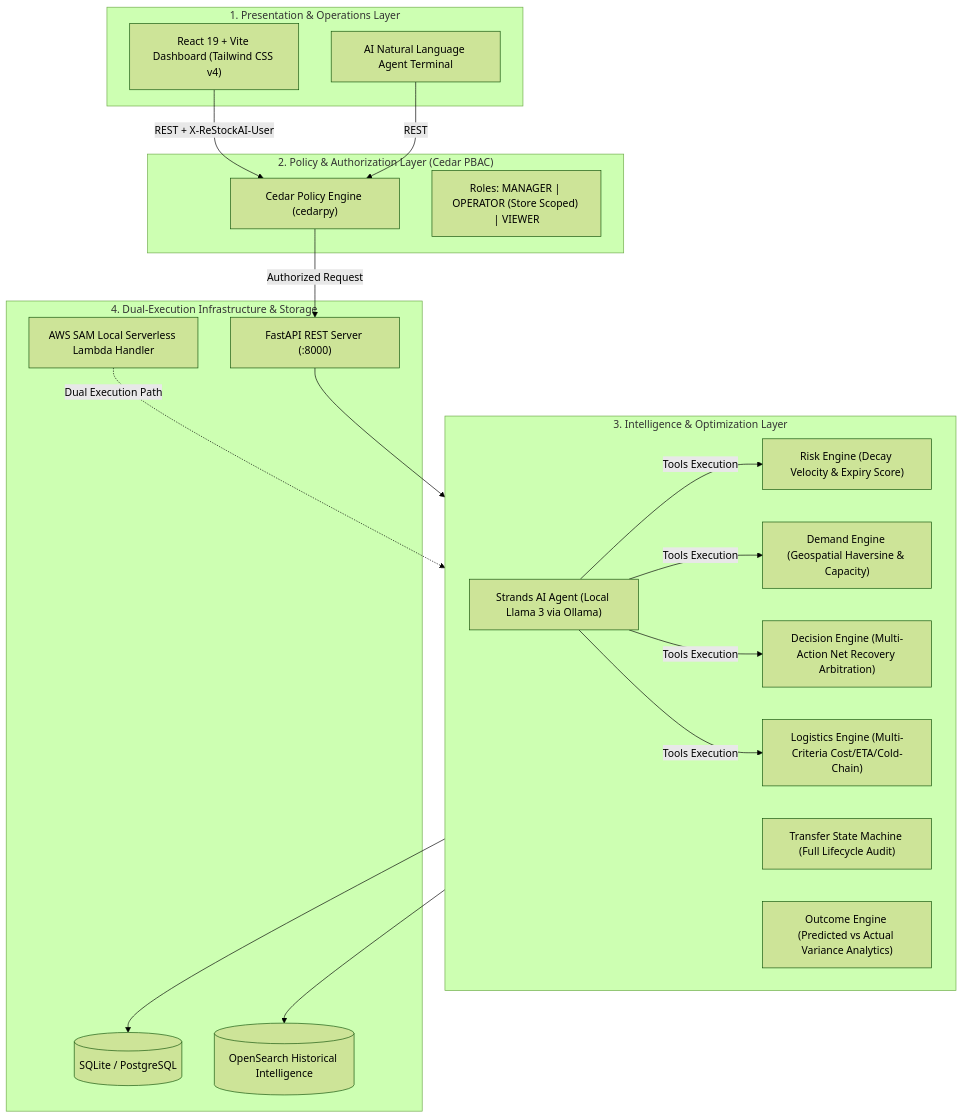
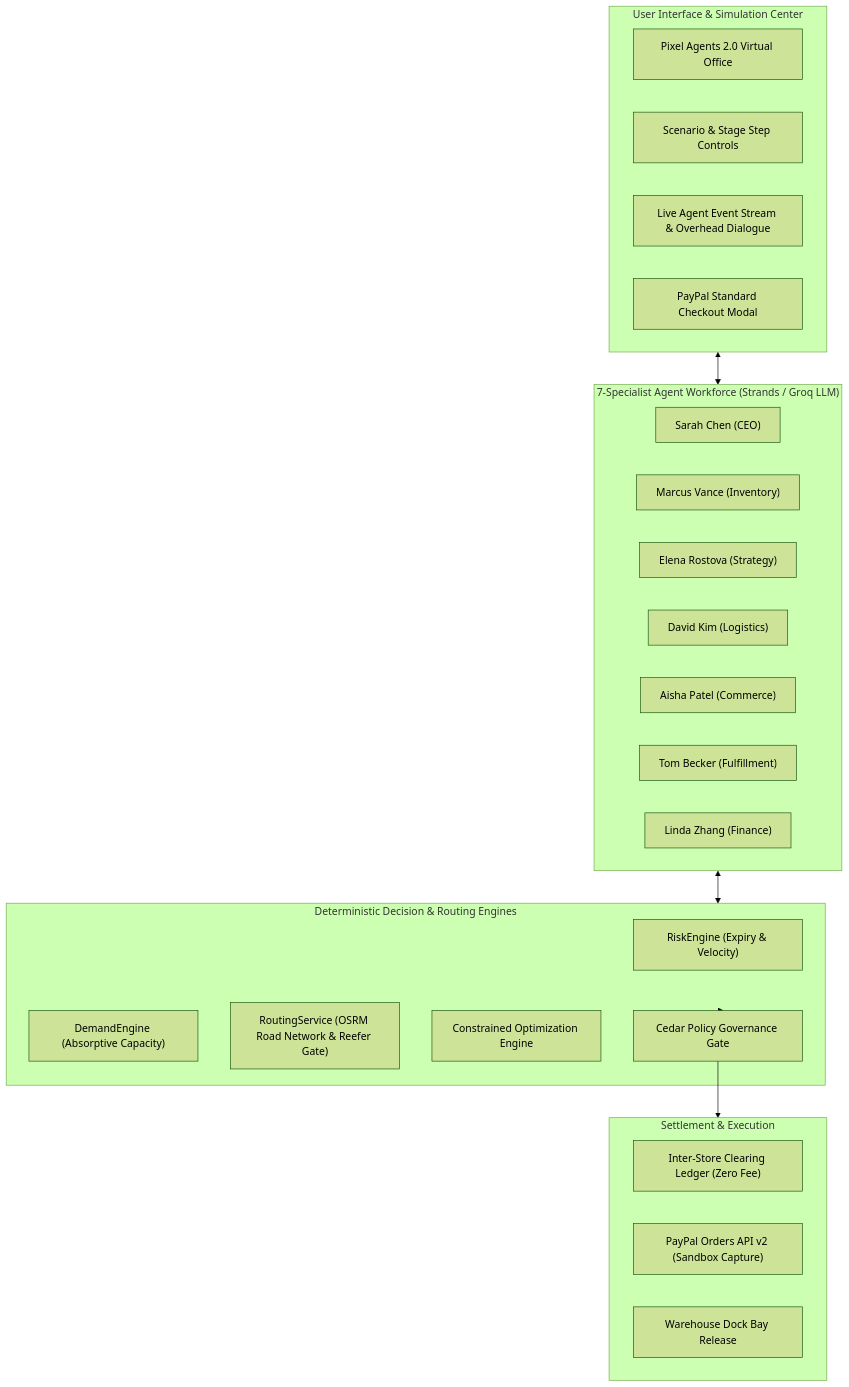
One commit to Manish-N-2006/Restock_AI changed the diagram in README.md. Above: the diagram before and after it, drawn with Mermaid (forest theme). The commit also changed other lines of this file and 8 other files, not shown here.

````diff
--- a/README.md
+++ b/README.md
@@ -30,38 +18,38 @@
 ```mermaid
-flowchart TB
-    subgraph PresentationLayer ["1. Presentation & Operations Layer"]
-        UI["React 19 + Vite Dashboard (Tailwind CSS v4)"]
-        Terminal["AI Natural Language Agent Terminal"]
+flowchart TD
+    subgraph UI ["User Interface & Simulation Center"]
+        VOffice["Pixel Agents 2.0 Virtual Office"]
+        Controls["Scenario & Stage Step Controls"]
+        Feed["Live Agent Event Stream & Overhead Dialogue"]
+        PPModal["PayPal Standard Checkout Modal"]
     end
 
-    subgraph SecurityLayer ["2. Policy & Authorization Layer (Cedar PBAC)"]
-        Cedar["Cedar Policy Engine (cedarpy)"]
-        RBAC["Roles: MANAGER | OPERATOR (Store Scoped) | VIEWER"]
+    subgraph Workforce ["7-Specialist Agent Workforce (Strands / Groq LLM)"]
+        A1["Sarah Chen (CEO)"]
+        A2["Marcus Vance (Inventory)"]
+        A3["Elena Rostova (Strategy)"]
+        A4["David Kim (Logistics)"]
+        A5["Aisha Patel (Commerce)"]
+        A6["Tom Becker (Fulfillment)"]
+        A7["Linda Zhang (Finance)"]
     end
 
-    subgraph IntelligenceLayer ["3. Intelligence & Optimization Layer"]
-        Agent["Strands AI Agent (Local Llama 3 via Ollama)"]
-        RiskEng["Risk Engine (Decay Velocity & Expiry Score)"]
-        DemandEng["Demand Engine (Geospatial Haversine & Capacity)"]
-        DecisionEng["Decision Engine (Multi-Action Net Recovery Arbitration)"]
-        LogisticsEng["Logistics Engine (Multi-Criteria Cost/ETA/Cold-Chain)"]
-        TransferEng["Transfer State Machine (Full Lifecycle Audit)"]
-        OutcomeEng["Outcome Engine (Predicted vs Actual Variance Analytics)"]
+    subgraph CoreEngines ["Deterministic Decision & Routing Engines"]
+        RiskEng["RiskEngine (Expiry & Velocity)"]
+        DemandEng["DemandEngine (Absorptive Capacity)"]
+        RoutingEng["RoutingService (OSRM Road Network & Reefer Gate)"]
+        OptEng["Constrained Optimization Engine"]
+        CedarAuth["Cedar Policy Governance Gate"]
     end
 
-    subgraph InfrastructureLayer ["4. Dual-Execution Infrastructure & Storage"]
-        FastAPI["FastAPI REST Server (:8000)"]
-        SAM["AWS SAM Local Serverless Lambda Handler"]
-        DB[(SQLite / PostgreSQL)]
-        Search[(OpenSearch Historical Intelligence)]
+    subgraph PaymentFulfillment ["Settlement & Execution"]
+        Ledger["Inter-Store Clearing Ledger (Zero Fee)"]
+        PPSandbox["PayPal Orders API v2 (Sandbox Capture)"]
+        Dispatch["Warehouse Dock Bay Release"]
     end
 
-    UI --> |REST + X-ReStockAI-User| Cedar
-    Terminal --> |REST| Cedar
-    Cedar --> |Authorized Request| FastAPI
-    SAM -.-> |Dual Execution Path| IntelligenceLayer
-    FastAPI --> IntelligenceLayer
-    Agent --> |Tools Execution| RiskEng & DemandEng & DecisionEng & LogisticsEng
-    IntelligenceLayer --> DB
-    IntelligenceLayer --> Search
+    UI <--> Workforce
+    Workforce <--> CoreEngines
+    CoreEngines --> CedarAuth
+    CedarAuth --> PaymentFulfillment
 ```
````
